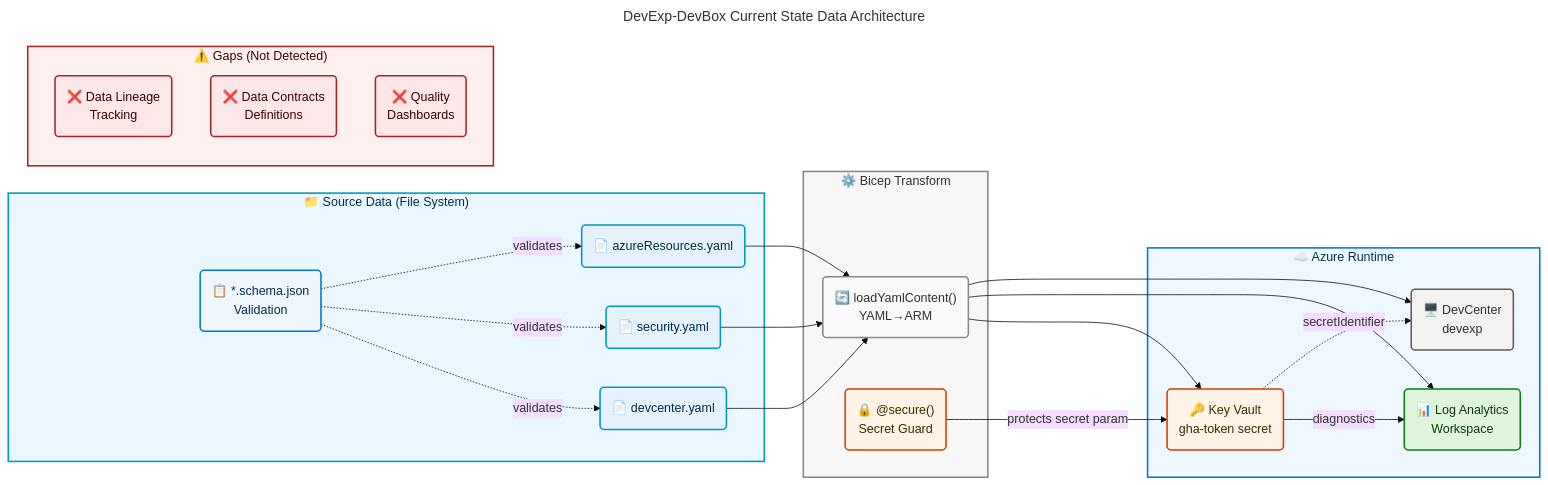
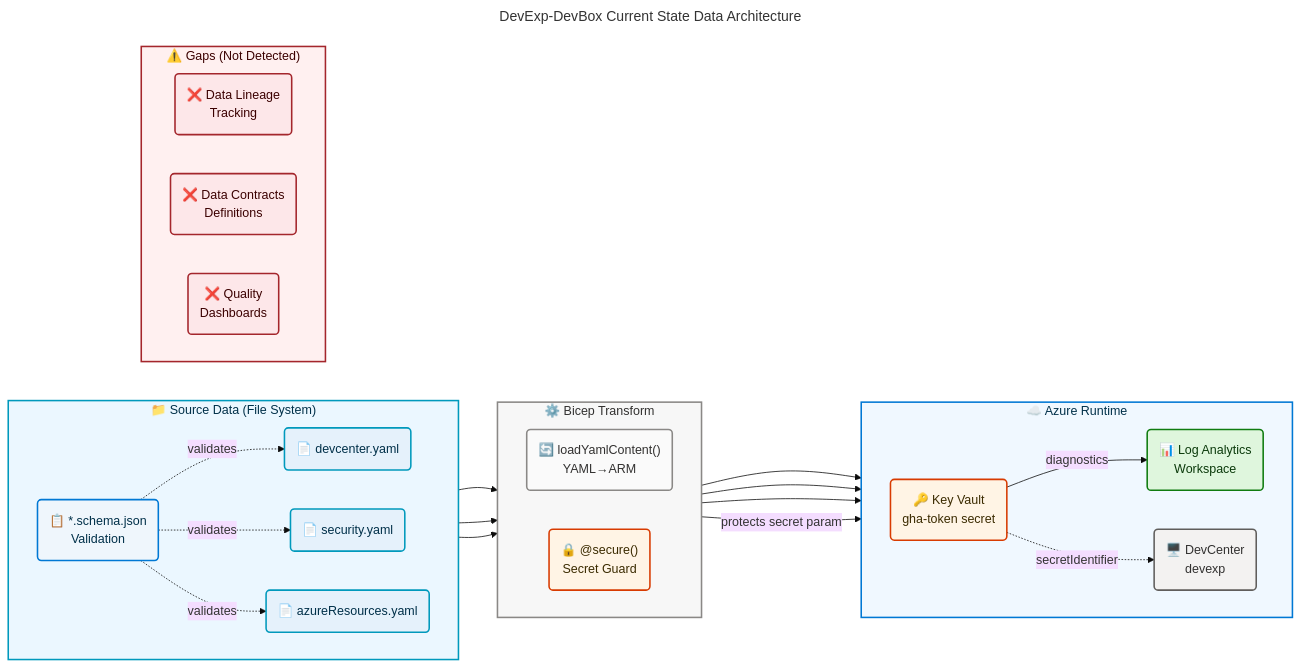
The second of 4 diagrams in docs/architecture/data-arch.md (Evilazaro/DevExp-DevBox), drawn with Mermaid before and after one commit. The commit also changed other lines of this file, not shown here.

Commit message:
Add flow direction to subgraphs in data architecture diagrams for improved clarity

````diff
--- a/docs/architecture/data-arch.md
+++ b/docs/architecture/data-arch.md
@@ -450,70 +455,74 @@
 ```mermaid
 ---
 title: DevExp-DevBox Current State Data Architecture
 config:
   theme: base
   look: classic
   layout: dagre
   themeVariables:
     fontSize: '16px'
   flowchart:
     htmlLabels: true
 ---
 flowchart LR
     accTitle: DevExp-DevBox Current State Data Architecture
     accDescr: Current state showing configuration data flowing through Bicep transformation into Azure Key Vault and Log Analytics Workspace, with gaps in data lineage and data contracts highlighted.
 
     %% ═══════════════════════════════════════════════════════════════════════════
     %% AZURE / FLUENT ARCHITECTURE PATTERN v2.0
     %% ═══════════════════════════════════════════════════════════════════════════
 
     subgraph SRC["📁 Source Data (File System)"]
+        direction LR
         YAML1("📄 devcenter.yaml"):::data
         YAML2("📄 security.yaml"):::data
         YAML3("📄 azureResources.yaml"):::data
         SCHEMA1("📋 *.schema.json<br/>Validation"):::schema
     end
 
     subgraph TRANS["⚙️ Bicep Transform"]
+        direction LR
         LOAD2("🔄 loadYamlContent()<br/>YAML→ARM"):::neutral
         SECURE("🔒 @secure()<br/>Secret Guard"):::security
     end
 
     subgraph AZURE["☁️ Azure Runtime"]
+        direction LR
         KV2("🔑 Key Vault<br/>gha-token secret"):::security
         LA2("📊 Log Analytics<br/>Workspace"):::observability
         DC2("🖥️ DevCenter<br/>devexp"):::workload
     end
 
     subgraph GAP["⚠️ Gaps (Not Detected)"]
+        direction LR
         G1("❌ Data Lineage<br/>Tracking"):::gap
         G2("❌ Data Contracts<br/>Definitions"):::gap
         G3("❌ Quality<br/>Dashboards"):::gap
     end
 
     SCHEMA1 -.->|validates| YAML1
     SCHEMA1 -.->|validates| YAML2
     SCHEMA1 -.->|validates| YAML3
     YAML1 --> LOAD2
     YAML2 --> LOAD2
     YAML3 --> LOAD2
     LOAD2 --> KV2
     LOAD2 --> LA2
     LOAD2 --> DC2
     SECURE -->|protects secret param| KV2
     KV2 -->|diagnostics| LA2
     KV2 -.->|secretIdentifier| DC2
 
     classDef data fill:#E5F1FB,stroke:#0099BC,stroke-width:2px,color:#003049
     classDef schema fill:#EFF6FC,stroke:#0078D4,stroke-width:2px,color:#003049
     classDef neutral fill:#FAFAFA,stroke:#8A8886,stroke-width:2px,color:#323130
     classDef security fill:#FFF4E5,stroke:#D83B01,stroke-width:2px,color:#3B2B00
     classDef observability fill:#DFF6DD,stroke:#107C10,stroke-width:2px,color:#0B3A0B
     classDef workload fill:#F3F2F1,stroke:#605E5C,stroke-width:2px,color:#323130
     classDef gap fill:#FDE7E9,stroke:#A4262C,stroke-width:2px,color:#3B0000
 
     style SRC fill:#EBF7FF,stroke:#0099BC,stroke-width:2px,color:#003049
     style TRANS fill:#F7F7F7,stroke:#8A8886,stroke-width:2px,color:#323130
     style AZURE fill:#F0F8FF,stroke:#0078D4,stroke-width:2px,color:#003049
     style GAP fill:#FFF0F0,stroke:#A4262C,stroke-width:2px,color:#3B0000
 ```
````
